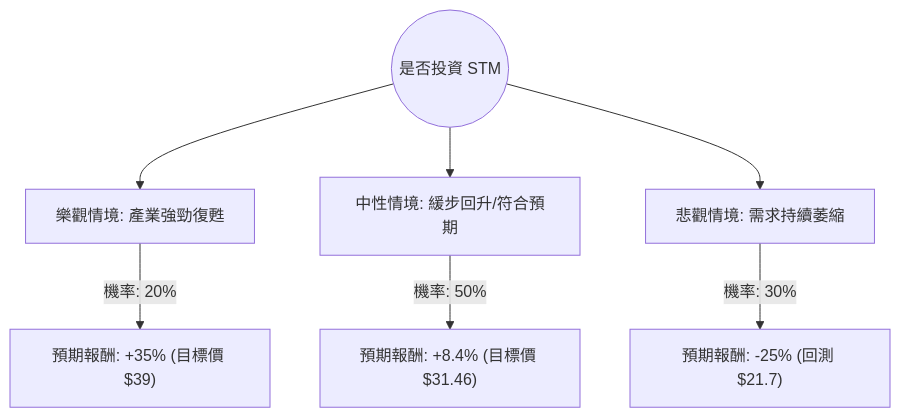
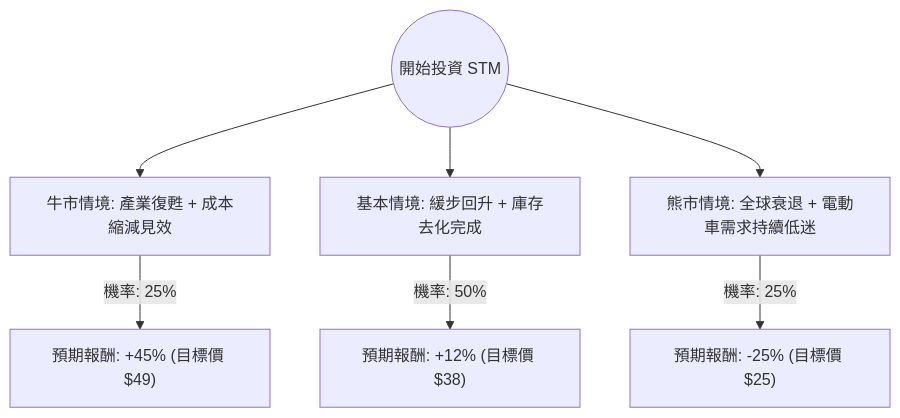
One commit to zmcx16/zmcx16.github.io changed the diagram in plugin-react/ai-analysis/ev-analysis/STM.md. Above: the diagram before and after it, drawn with Mermaid. The commit also changed other lines of this file and 95 other files, not shown here.

````diff
--- a/plugin-react/ai-analysis/ev-analysis/STM.md
+++ b/plugin-react/ai-analysis/ev-analysis/STM.md
@@ -19,10 +19,10 @@
 ```mermaid
 graph TD
-    Start((是否投資 STM)) --> Bull[樂觀情境: 產業強勁復甦]
-    Start --> Base[中性情境: 緩步回升/符合預期]
-    Start --> Bear[悲觀情境: 需求持續萎縮]
+    Start((開始投資 STM)) --> Bull[牛市情境: 產業復甦 + 成本縮減見效]
+    Start --> Base[基本情境: 緩步回升 + 庫存去化完成]
+    Start --> Bear[熊市情境: 全球衰退 + 電動車需求持續低迷]
 
-    Bull -- "機率: 20%" --> BullVal["預期報酬: +35% (目標價 $39)"]
-    Base -- "機率: 50%" --> BaseVal["預期報酬: +8.4% (目標價 $31.46)"]
-    Bear -- "機率: 30%" --> BearVal["預期報酬: -25% (回測 $21.7)"]
+    Bull -- "機率: 25%" --> BullVal["預期報酬: +45% (目標價 $49)"]
+    Base -- "機率: 50%" --> BaseVal["預期報酬: +12% (目標價 $38)"]
+    Bear -- "機率: 25%" --> BearVal["預期報酬: -25% (目標價 $25)"]
 ```
````
